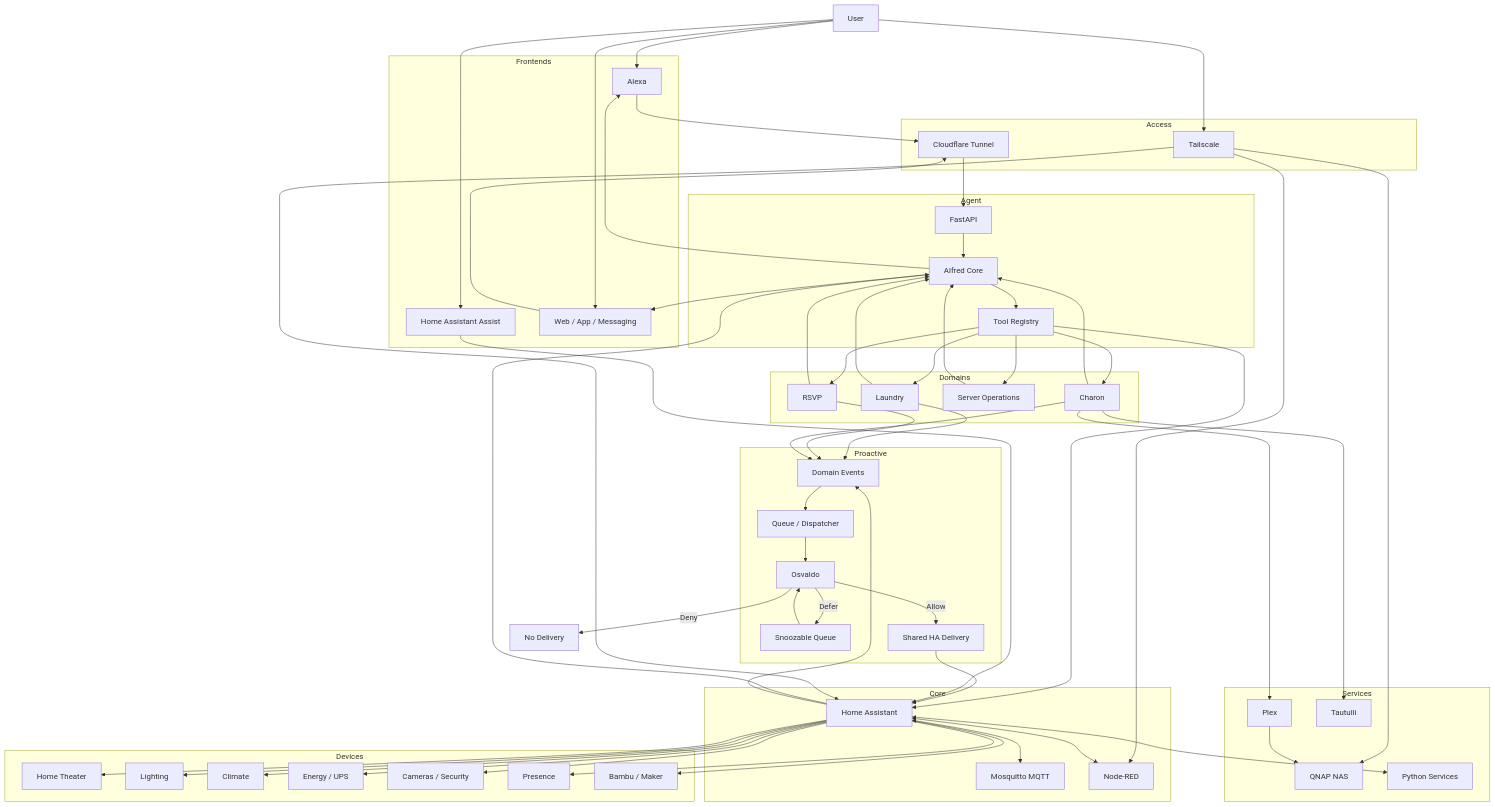
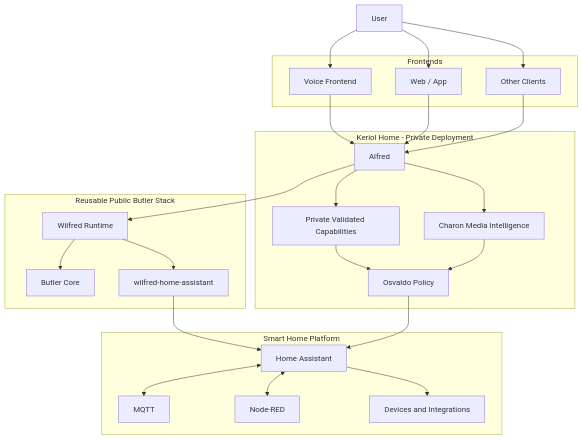
The diagram in docs/diagrams/architecture.md (keriol/Iot-home-automation), drawn with Mermaid before and after one commit. The commit also changed other lines of this file and 6 other files, not shown here.

Commit message:
docs(portfolio): document Butler runtime layering [DOC-001]

````diff
--- a/docs/diagrams/architecture.md
+++ b/docs/diagrams/architecture.md
@@ -5,118 +5,53 @@
     User[User]
 
     subgraph Frontends
-        Alexa[Alexa]
-        Assist[Home Assistant Assist]
-        Web[Web / App / Messaging]
+        Voice[Voice Frontend]
+        Web[Web / App]
+        Other[Other Clients]
     end
 
-    subgraph Access
-        Tunnel[Cloudflare Tunnel]
-        VPN[Tailscale]
+    subgraph Private["Keriol Home - Private Deployment"]
+        Alfred[Alfred]
+        Osvaldo[Osvaldo Policy]
+        Charon[Charon Media Intelligence]
+        PrivateCaps[Private Validated Capabilities]
     end
 
-    subgraph Agent
-        API[FastAPI]
-        Alfred[Alfred Core]
-        Registry[Tool Registry]
+    subgraph Public["Reusable Public Butler Stack"]
+        Wilfred[Wilfred Runtime]
+        Core[Butler Core]
+        HAPlugin[wilfred-home-assistant]
     end
 
-    subgraph Proactive
-        Events[Domain Events]
-        Queue[Queue / Dispatcher]
-        Osvaldo[Osvaldo]
-        Snoozable[Snoozable Queue]
-        Delivery[Shared HA Delivery]
+    subgraph Home["Smart Home Platform"]
+        HA[Home Assistant]
+        MQTT[MQTT]
+        NodeRED[Node-RED]
+        Devices[Devices and Integrations]
     end
 
-    subgraph Core
-        HA[Home Assistant]
-        MQTT[Mosquitto MQTT]
-        NodeRED[Node-RED]
-    end
+    User --> Voice
+    User --> Web
+    User --> Other
 
-    subgraph Domains
-        Laundry[Laundry]
-        RSVP[RSVP]
-        Operations[Server Operations]
-        Charon[Charon]
-    end
+    Voice --> Alfred
+    Web --> Alfred
+    Other --> Alfred
 
-    subgraph Services
-        Plex[Plex]
-        Tautulli[Tautulli]
-        NAS[QNAP NAS]
-        Python[Python Services]
-    end
+    Alfred --> Wilfred
+    Wilfred --> Core
 
-    subgraph Devices
-        Theater[Home Theater]
-        Lights[Lighting]
-        Climate[Climate]
-        Energy[Energy / UPS]
-        Cameras[Cameras / Security]
-        Presence[Presence]
-        Maker[Bambu / Maker]
-    end
+    Wilfred --> HAPlugin
+    HAPlugin --> HA
 
-    User --> Alexa
-    User --> Assist
-    User --> Web
+    Alfred --> PrivateCaps
+    Alfred --> Charon
 
-    Alexa --> Tunnel
-    Web --> Tunnel
-    User --> VPN
+    PrivateCaps --> Osvaldo
+    Charon --> Osvaldo
+    Osvaldo --> HA
 
-    Tunnel --> API
-    API --> Alfred
-    Alfred --> Registry
-
-    Registry --> Laundry
-    Registry --> RSVP
-    Registry --> Operations
-    Registry --> Charon
-    Registry --> HA
-
-    Laundry --> Alfred
-    RSVP --> Alfred
-    Operations --> Alfred
-    Charon --> Alfred
-    HA --> Alfred
-
-    Alfred --> Alexa
-    Alfred --> Web
-
-    Laundry --> Events
-    RSVP --> Events
-    Charon --> Events
-    HA --> Events
-
-    Events --> Queue
-    Queue --> Osvaldo
-    Osvaldo -->|Allow| Delivery
-    Osvaldo -->|Defer| Snoozable
-    Osvaldo -->|Deny| NoDelivery[No Delivery]
-    Snoozable --> Osvaldo
-    Delivery --> HA
-
-    Assist --> HA
-    VPN --> HA
-    VPN --> NAS
-    VPN --> NodeRED
-
+    HA --> Devices
     HA <--> MQTT
     HA <--> NodeRED
-    HA <--> Python
-
-    Charon --> Plex
-    Charon --> Tautulli
-    Plex --> NAS
-
-    HA --> Theater
-    HA --> Lights
-    HA --> Climate
-    HA --> Energy
-    HA --> Cameras
-    HA --> Presence
-    HA --> Maker
 ```
````
